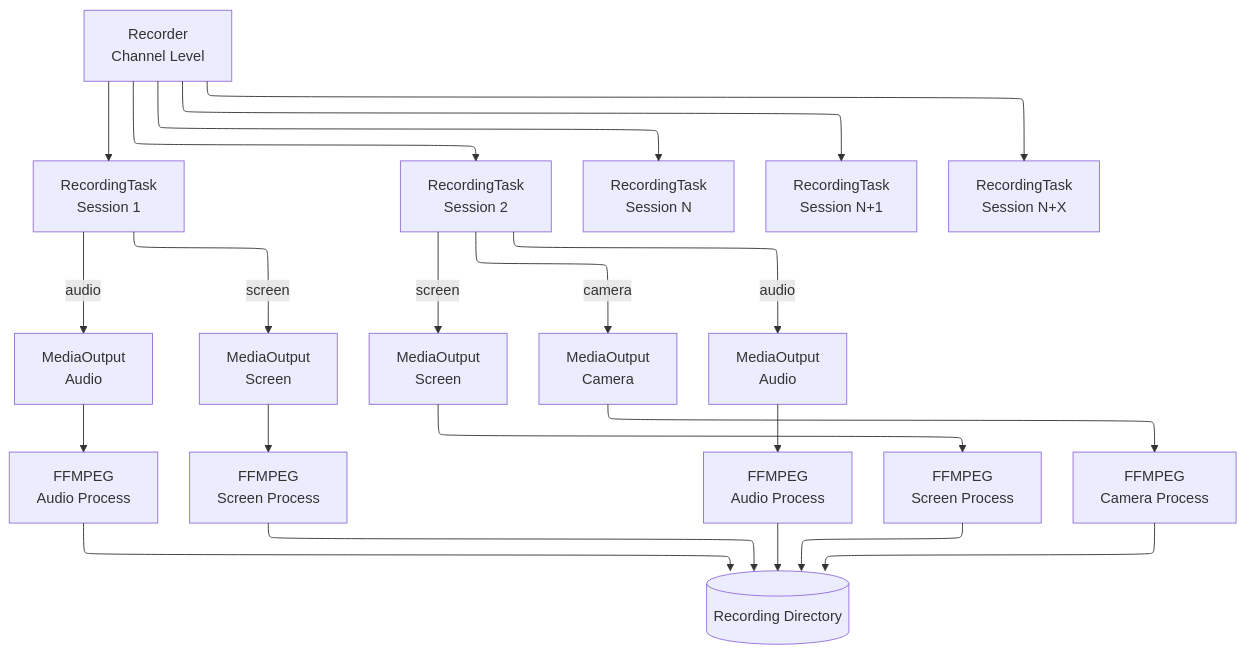
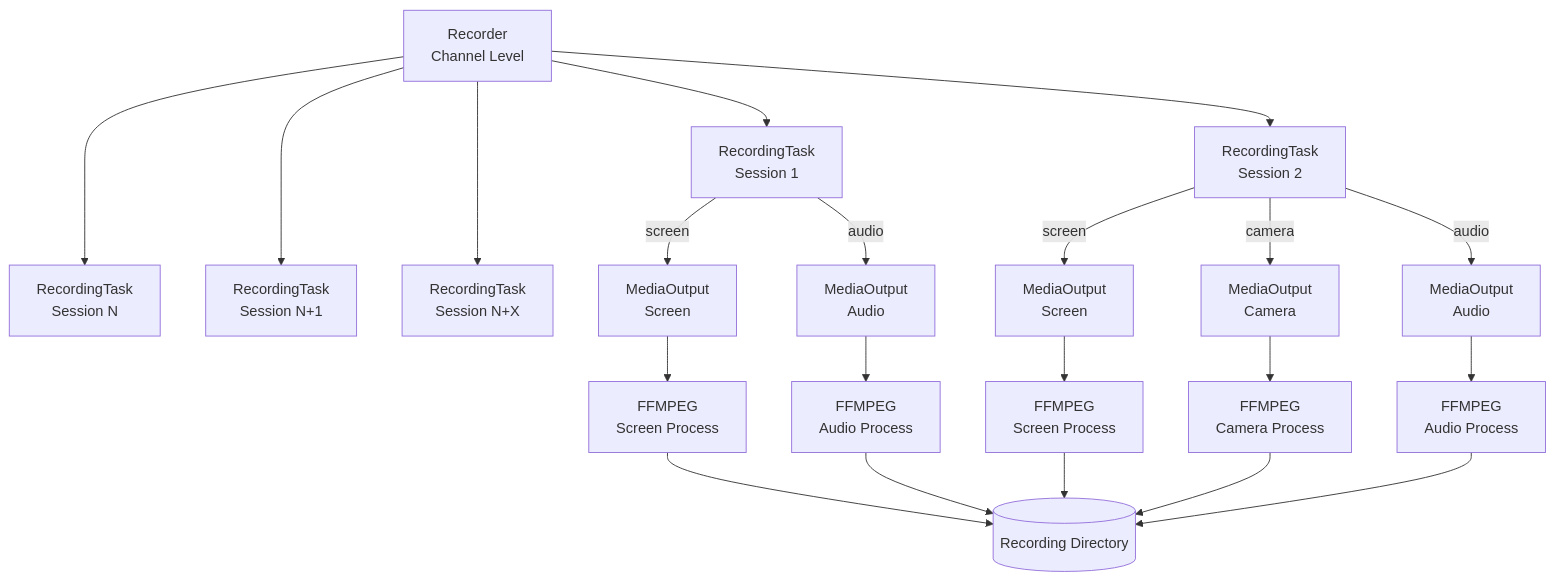
One commit to odoo/sfu changed the diagram in src/models/recording/README.md. Above: the diagram before and after it, drawn with Mermaid.

````diff
--- a/src/models/recording/README.md
+++ b/src/models/recording/README.md
@@ -9,25 +9,21 @@
 ```mermaid
----
-config:
-  layout: elk
----
 flowchart TB
    
     R["Recorder <br> Channel Level"] --> RT1["RecordingTask <br> Session 1"] & RT2["RecordingTask <br> Session 2"]
     R ---> RTN["RecordingTask <br> Session N"] & RTN1["RecordingTask <br> Session N+1"] & RTN0["RecordingTask <br> Session N+X"]
     RT1 -- audio --> MOA1["MediaOutput <br> Audio"]
     RT1 -- screen --> MOS1["MediaOutput <br> Screen"]
     RT2 -- screen --> MOS2["MediaOutput <br> Screen"]
     RT2 -- camera --> MOC2["MediaOutput <br> Camera"]
     RT2 -- audio --> MOA2["MediaOutput <br> Audio"]
     MOA1 --> FFA1["FFMPEG <br> Audio Process"]
     MOS1 --> FFS1["FFMPEG <br> Screen Process"]
     MOA2 --> FFA2["FFMPEG <br> Audio Process"]
     MOS2 --> FFS2["FFMPEG <br> Screen Process"]
     MOC2 --> FFC2["FFMPEG <br> Camera Process"]
     FFS1 --> DIR[("Recording Directory")]
     FFA1 --> DIR
     FFS2 --> DIR
     FFC2 --> DIR
     FFA2 --> DIR
 ```
````
